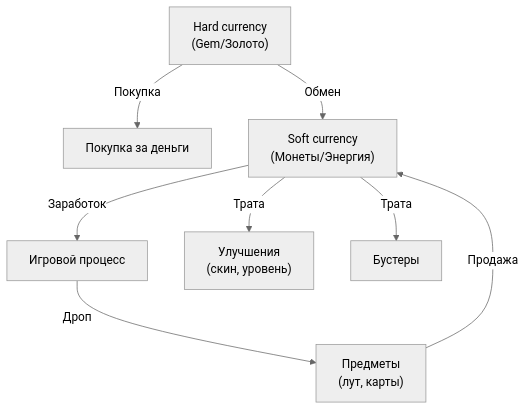
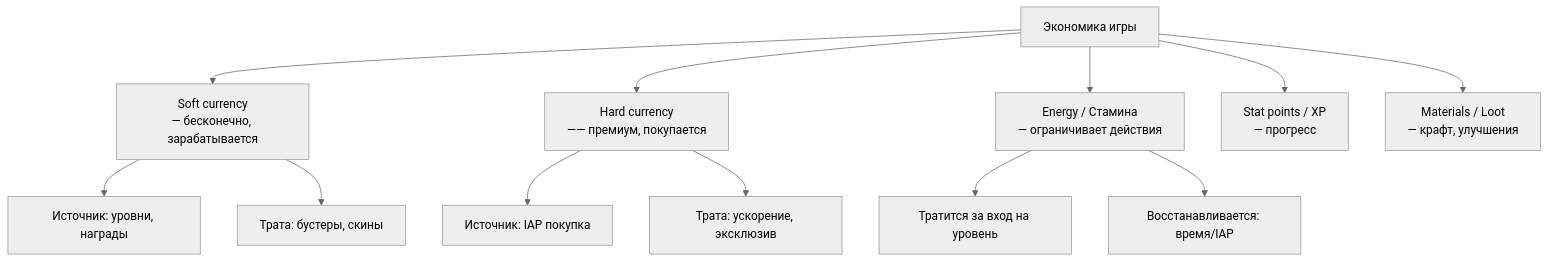
One commit to sergeyodnoval-bot/sysanalyst-kb.github.io changed the first of 4 diagrams in docs/specialization/gamedev-economy.md. Above: the diagram before and after it, drawn with Mermaid (neutral theme). The commit also changed other lines of this file and 7 other files, not shown here.

````diff
--- a/docs/specialization/gamedev-economy.md
+++ b/docs/specialization/gamedev-economy.md
@@ -22,10 +30,15 @@
 ```mermaid
 flowchart TD
-    H["Hard currency<br/>(Gem/Золото)"] -->|"Покупка"| IAP["Покупка за деньги"]
-    S["Soft currency<br/>(Монеты/Энергия)"] -->|"Заработок"| PLAY["Игровой процесс"]
-    H -->|"Обмен"| S
-    S -->|"Трата"| UPGRADE["Улучшения<br/>(скин, уровень)"]
-    S -->|"Трата"| BOOST["Бустеры"]
-    PLAY -->|"Дроп"| ITEMS["Предметы<br/>(лут, карты)"]
-    ITEMS -->|"Продажа"| S
+    EC["Экономика игры"]
+    EC --> SOFT["Soft currency<br/>— бесконечно, зарабатывается"]
+    EC --> HARD["Hard currency<br/>—— премиум, покупается"]
+    EC --> ENERGY["Energy / Стамина<br/>— ограничивает действия"]
+    EC --> STAT["Stat points / XP<br/>— прогресс"]
+    EC --> MATERIAL["Materials / Loot<br/>— крафт, улучшения"]
+    SOFT --> SRC1["Источник: уровни, награды"]
+    SOFT --> DST1["Трата: бустеры, скины"]
+    HARD --> SRC2["Источник: IAP покупка"]
+    HARD --> DST2["Трата: ускорение, эксклюзив"]
+    ENERGY --> DST3["Тратится за вход на уровень"]
+    ENERGY --> SRC3["Восстанавливается: время/IAP"]
 ```
````
